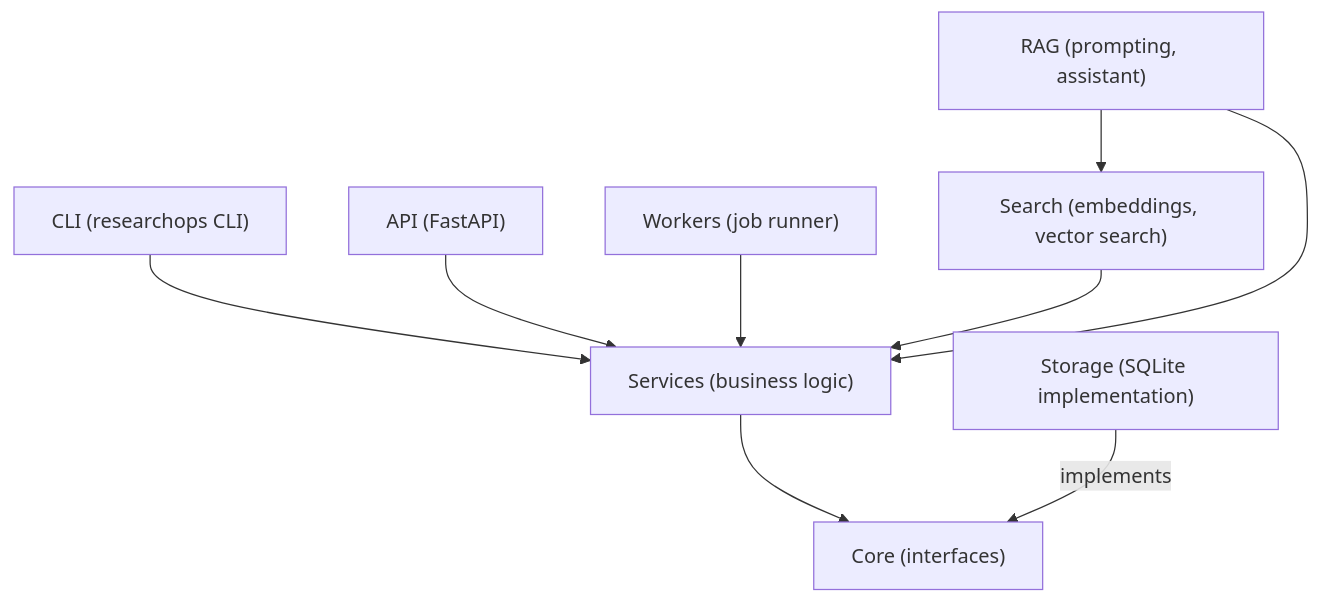
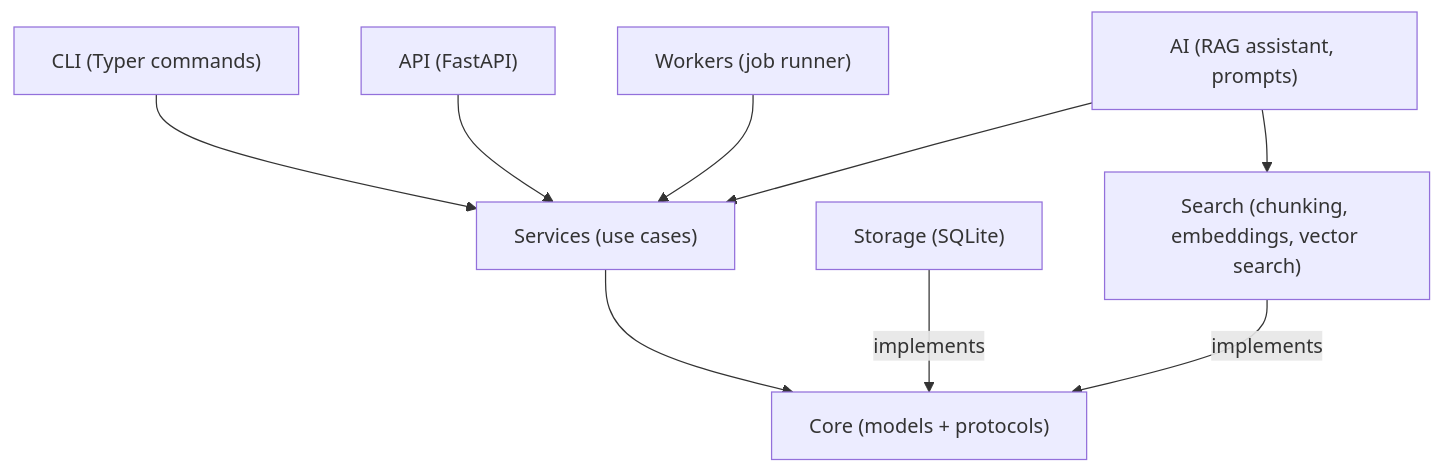
One commit to Raj-Indra-Asura/researchops_python_mastery changed the first of 3 diagrams in curriculum/month-05-production-portfolio/week-19-documentation-portfolio-polish/notes.md. Above: the diagram before and after it, drawn with Mermaid. The commit also changed other lines of this file and 3 other files, not shown here.

````diff
--- a/curriculum/month-05-production-portfolio/week-19-documentation-portfolio-polish/notes.md
+++ b/curriculum/month-05-production-portfolio/week-19-documentation-portfolio-polish/notes.md
@@ -222,20 +280,20 @@
 ```mermaid
 graph TD
-    CLI["CLI (researchops CLI)"]
+    CLI["CLI (Typer commands)"]
     API["API (FastAPI)"]
     Workers["Workers (job runner)"]
-    Services["Services (business logic)"]
-    Core["Core (interfaces)"]
-    Storage["Storage (SQLite implementation)"]
-    Search["Search (embeddings, vector search)"]
-    RAG["RAG (prompting, assistant)"]
+    Services["Services (use cases)"]
+    Core["Core (models + protocols)"]
+    Storage["Storage (SQLite)"]
+    Search["Search (chunking, embeddings, vector search)"]
+    RAG["AI (RAG assistant, prompts)"]
 
     CLI --> Services
     API --> Services
     Workers --> Services
     Services --> Core
     Storage -->|implements| Core
-    Search --> Services
+    Search -->|implements| Core
     RAG --> Search
     RAG --> Services
 ```
````
